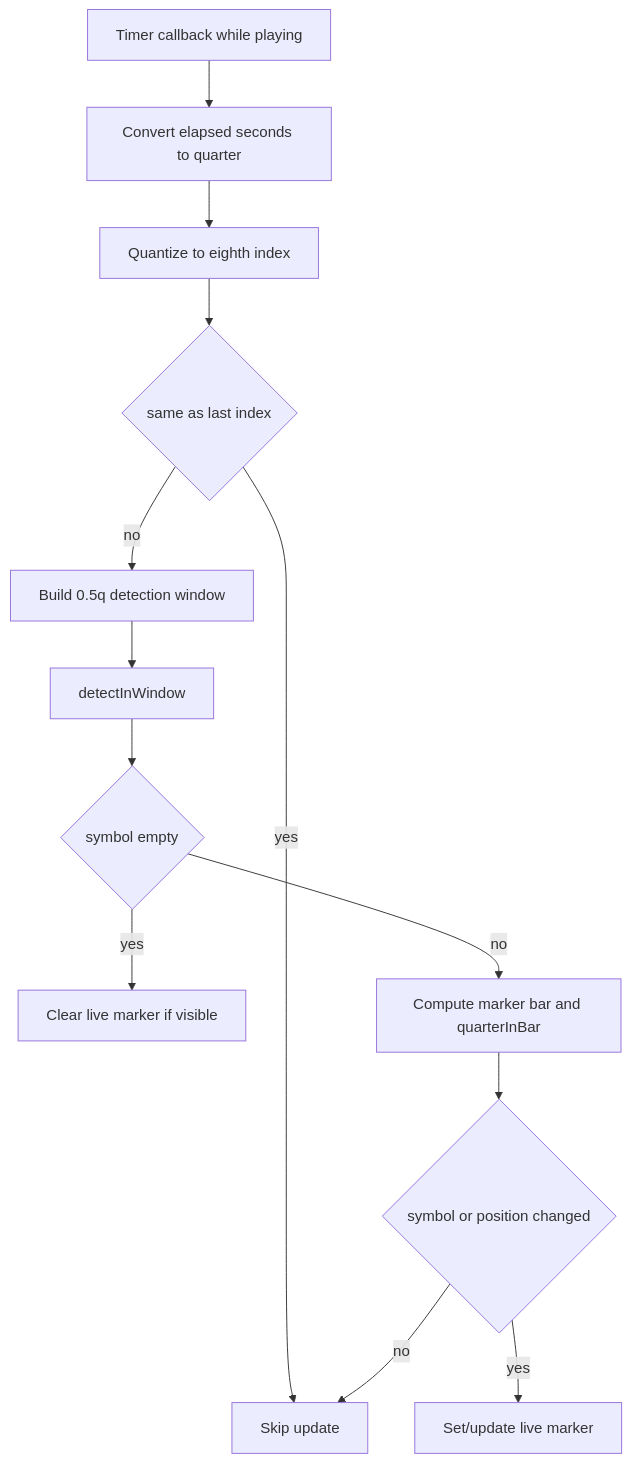
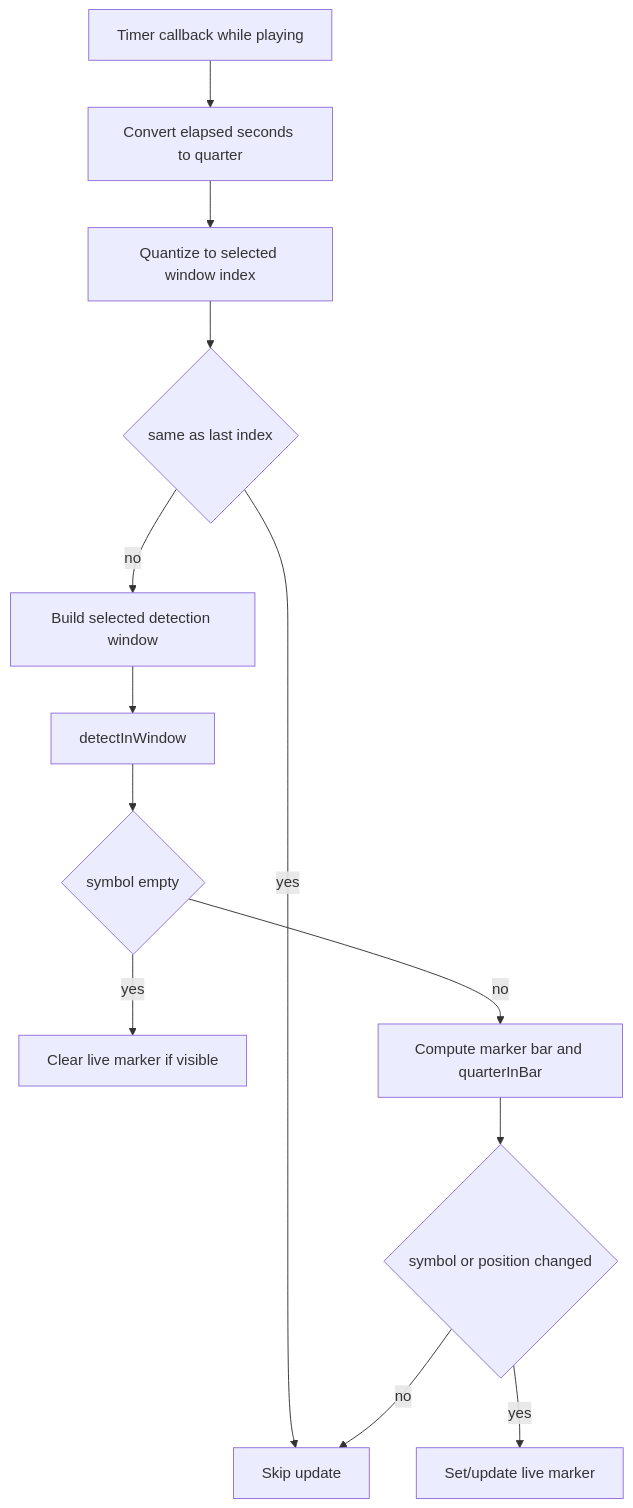
One commit to aminnie/AMidiScorer changed the fifth of 5 diagrams in DESIGN.md. Above: the diagram before and after it, drawn with Mermaid. The commit also changed other lines of this file and 6 other files, not shown here.

````diff
--- a/DESIGN.md
+++ b/DESIGN.md
@@ -833,15 +840,15 @@
 ```mermaid
 flowchart TD
   tick[Timer callback while playing] --> qConv[Convert elapsed seconds to quarter]
-  qConv --> eighthStep[Quantize to eighth index]
-  eighthStep --> repeatCheck{same as last index}
+  qConv --> windowStep[Quantize to selected window index]
+  windowStep --> repeatCheck{same as last index}
   repeatCheck -->|yes| noOp[Skip update]
-  repeatCheck -->|no| windowBuild[Build 0.5q detection window]
+  repeatCheck -->|no| windowBuild[Build selected detection window]
   windowBuild --> detectCall[detectInWindow]
   detectCall --> symbolCheck{symbol empty}
   symbolCheck -->|yes| clearMarker[Clear live marker if visible]
   symbolCheck -->|no| posCompute[Compute marker bar and quarterInBar]
   posCompute --> changeCheck{symbol or position changed}
   changeCheck -->|yes| setMarker[Set/update live marker]
   changeCheck -->|no| noOp
 ```
````
